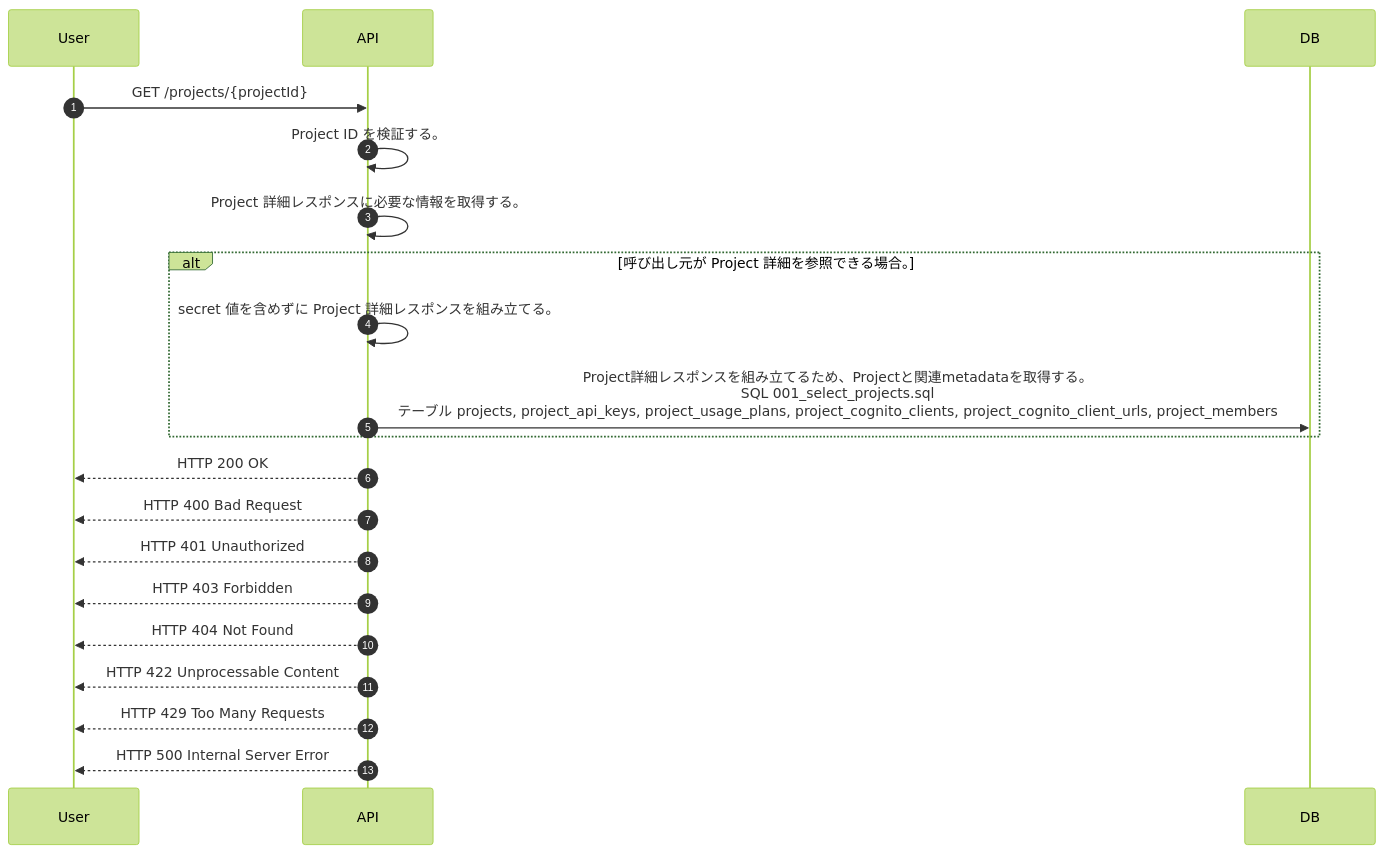
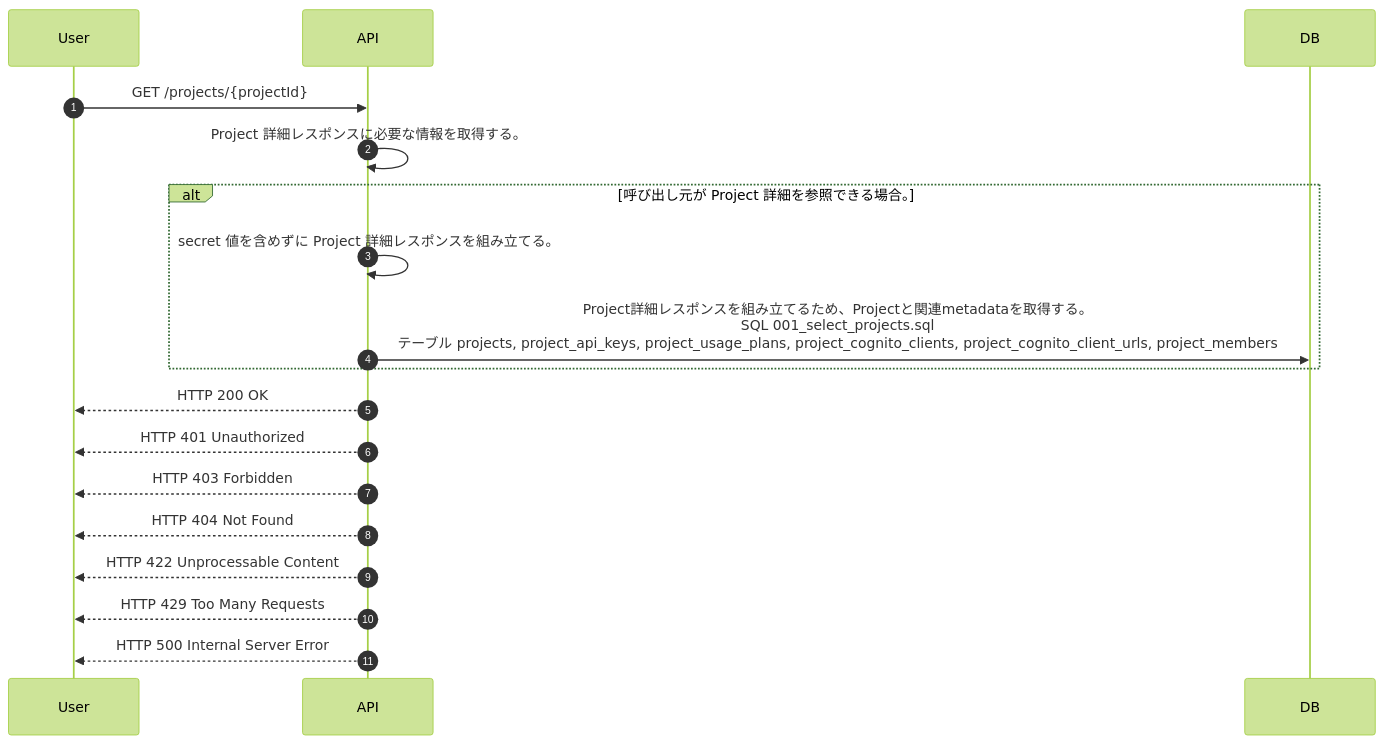
One commit to tsuji-tomonori/lazunex changed the diagram in docs/spec/40.apis/projects/get_project/sequence_gen.md. Above: the diagram before and after it, drawn with Mermaid (forest theme). The commit also changed 39 other files, not shown here.

````diff
--- a/docs/spec/40.apis/projects/get_project/sequence_gen.md
+++ b/docs/spec/40.apis/projects/get_project/sequence_gen.md
@@ -5,22 +5,20 @@
 ```mermaid
 sequenceDiagram
   autonumber
   participant User as User
   participant API as API
   participant DB as DB
   User->>API: GET /projects/{projectId}
-  API->>API: Project ID を検証する。
   API->>API: Project 詳細レスポンスに必要な情報を取得する。
   alt 呼び出し元が Project 詳細を参照できる場合。
     API->>API: secret 値を含めずに Project 詳細レスポンスを組み立てる。
     API->>DB: Project詳細レスポンスを組み立てるため、Projectと関連metadataを取得する。<br/>SQL 001_select_projects.sql<br/>テーブル projects, project_api_keys, project_usage_plans, project_cognito_clients, project_cognito_client_urls, project_members
   end
   API-->>User: HTTP 200 OK
-  API-->>User: HTTP 400 Bad Request
   API-->>User: HTTP 401 Unauthorized
   API-->>User: HTTP 403 Forbidden
   API-->>User: HTTP 404 Not Found
   API-->>User: HTTP 422 Unprocessable Content
   API-->>User: HTTP 429 Too Many Requests
   API-->>User: HTTP 500 Internal Server Error
 ```
````
